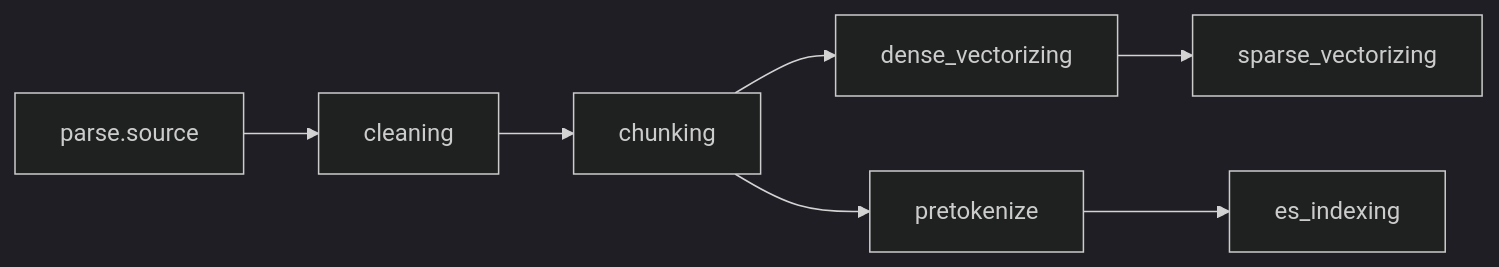
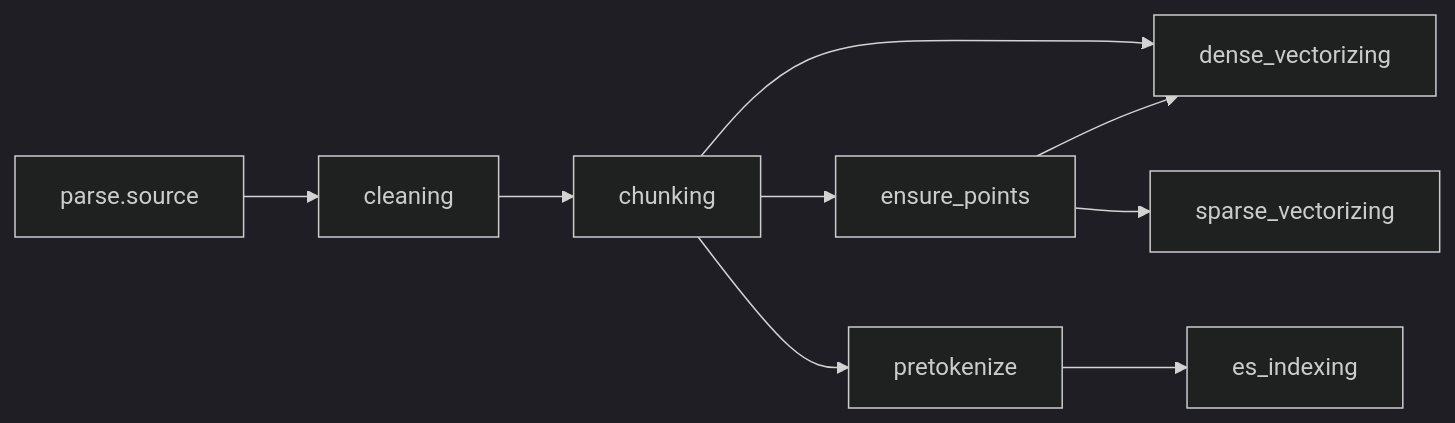
The diagram in docs/internals/workflow_engine.md (ql-link/LinkRag), drawn with Mermaid (dark theme) before and after one commit. The commit also changed other lines of this file and 4 other files, not shown here.

````diff
--- a/docs/internals/workflow_engine.md
+++ b/docs/internals/workflow_engine.md
@@ -67,9 +67,11 @@
 ```mermaid
 flowchart LR
     source["parse.source"] --> cleaning["cleaning"]
     cleaning --> chunking["chunking"]
+    chunking --> ensure_points["ensure_points"]
     chunking --> dense["dense_vectorizing"]
+    ensure_points --> dense
+    ensure_points --> sparse["sparse_vectorizing"]
     chunking --> pretokenize["pretokenize"]
     pretokenize --> es["es_indexing"]
-    dense --> sparse["sparse_vectorizing"]
 ```
````
